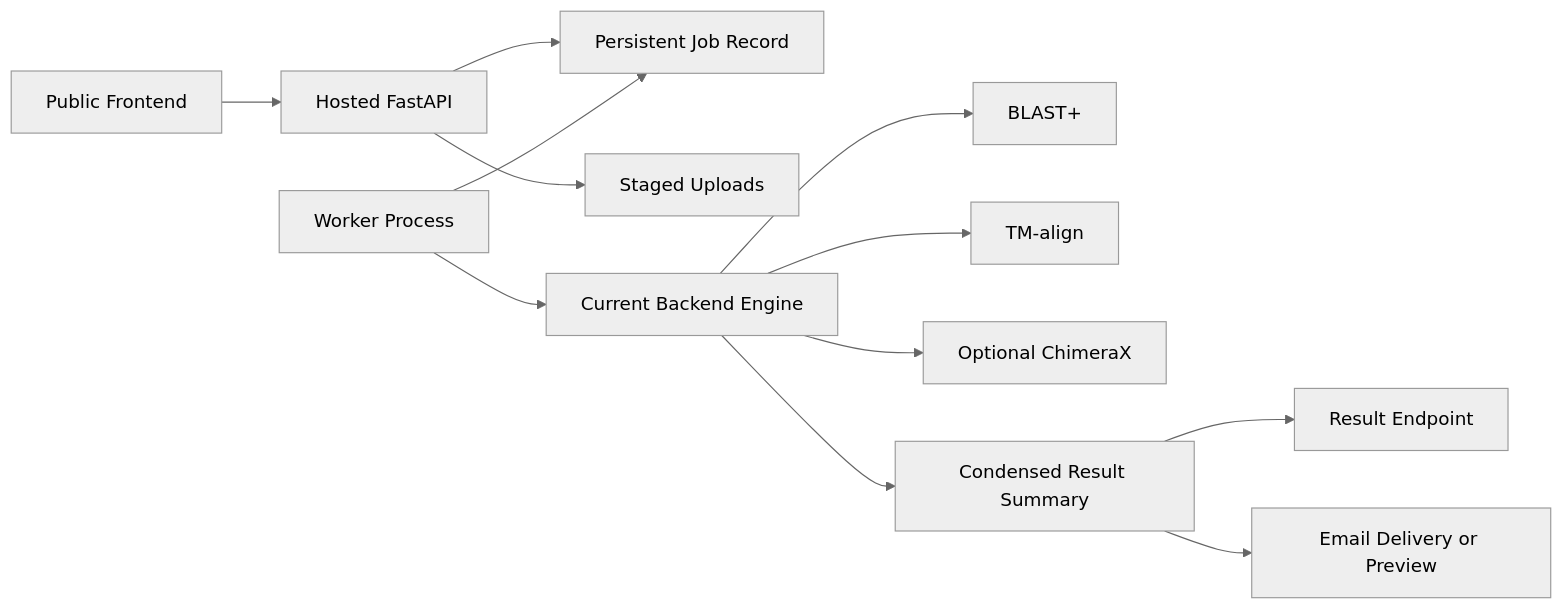
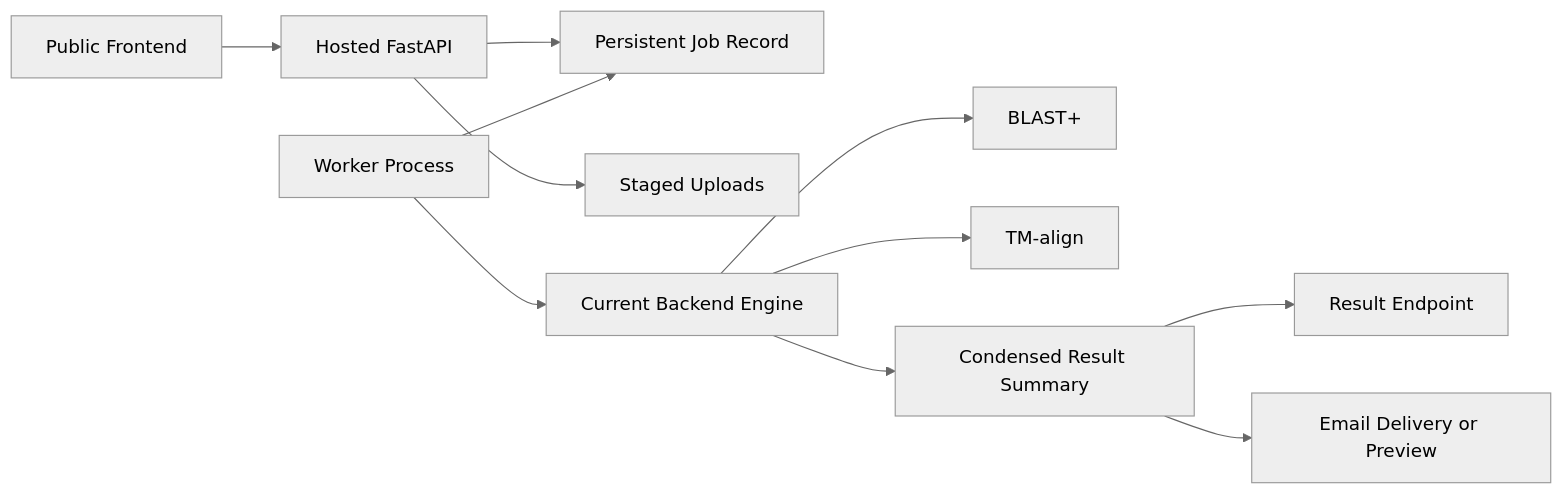
One commit to gokulsrinaths/Effectors changed the second of 2 diagrams in README.md. Above: the diagram before and after it, drawn with Mermaid (neutral theme). The commit also changed other lines of this file and 43 other files, not shown here.

````diff
--- a/README.md
+++ b/README.md
@@ -96,14 +91,13 @@
 ```mermaid
 flowchart LR
     A[Public Frontend] --> B[Hosted FastAPI]
     B --> C[Persistent Job Record]
     B --> D[Staged Uploads]
     E[Worker Process] --> C
     E --> F[Current Backend Engine]
     F --> G[BLAST+]
     F --> H[TM-align]
-    F --> I[Optional ChimeraX]
-    F --> J[Condensed Result Summary]
-    J --> K[Result Endpoint]
-    J --> L[Email Delivery or Preview]
+    F --> I[Condensed Result Summary]
+    I --> J[Result Endpoint]
+    I --> K[Email Delivery or Preview]
 ```
````
